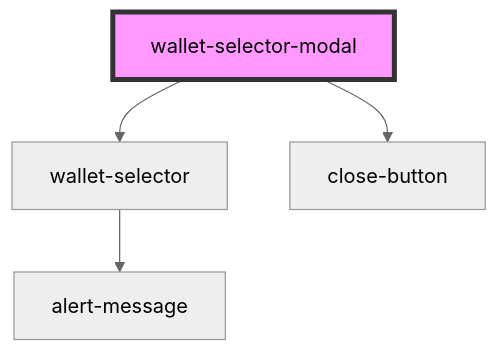
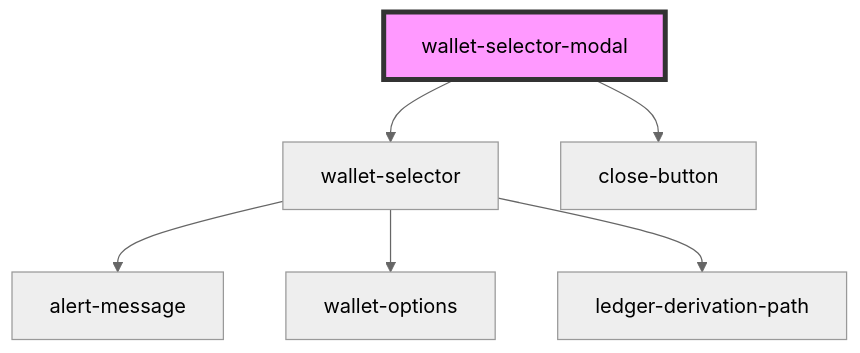
The diagram in packages/selector-ui/src/components/wallet-selector-modal/readme.md (near/wallet-selector), drawn with Mermaid (neutral theme) before and after one commit. The commit also changed 19 other files, not shown here.

Commit message:
First attempt to move wallet-options and ledger-derivation-path components to stencil

````diff
--- a/packages/selector-ui/src/components/wallet-selector-modal/readme.md
+++ b/packages/selector-ui/src/components/wallet-selector-modal/readme.md
@@ -63,7 +63,9 @@
 ```mermaid
 graph TD;
   wallet-selector-modal --> wallet-selector
   wallet-selector-modal --> close-button
   wallet-selector --> alert-message
+  wallet-selector --> wallet-options
+  wallet-selector --> ledger-derivation-path
   style wallet-selector-modal fill:#f9f,stroke:#333,stroke-width:4px
 ```
````
